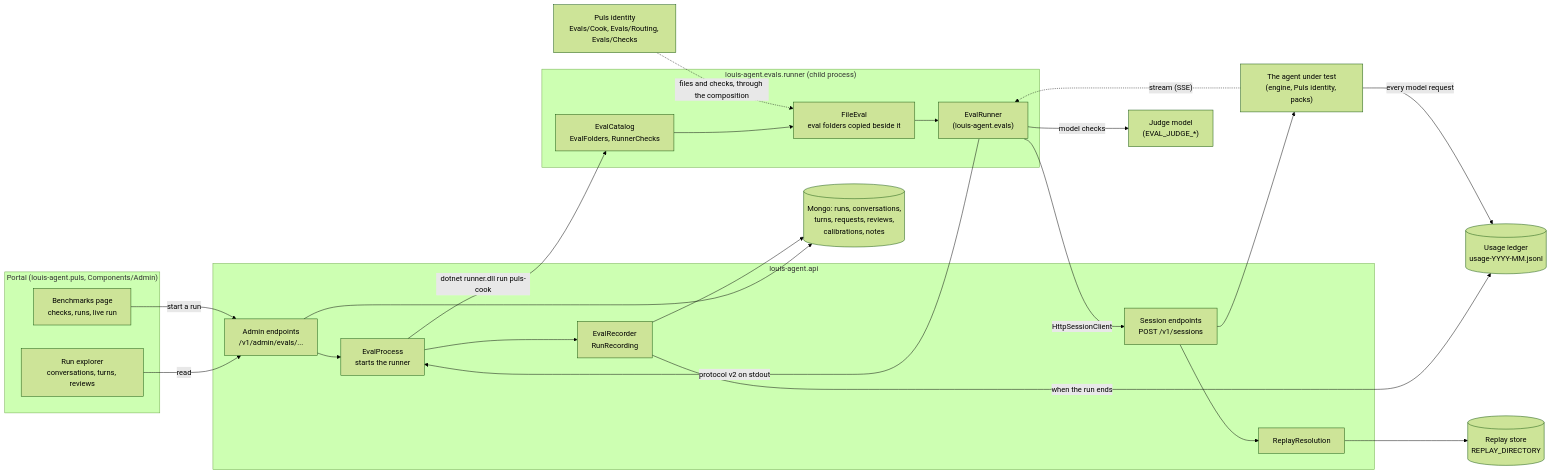
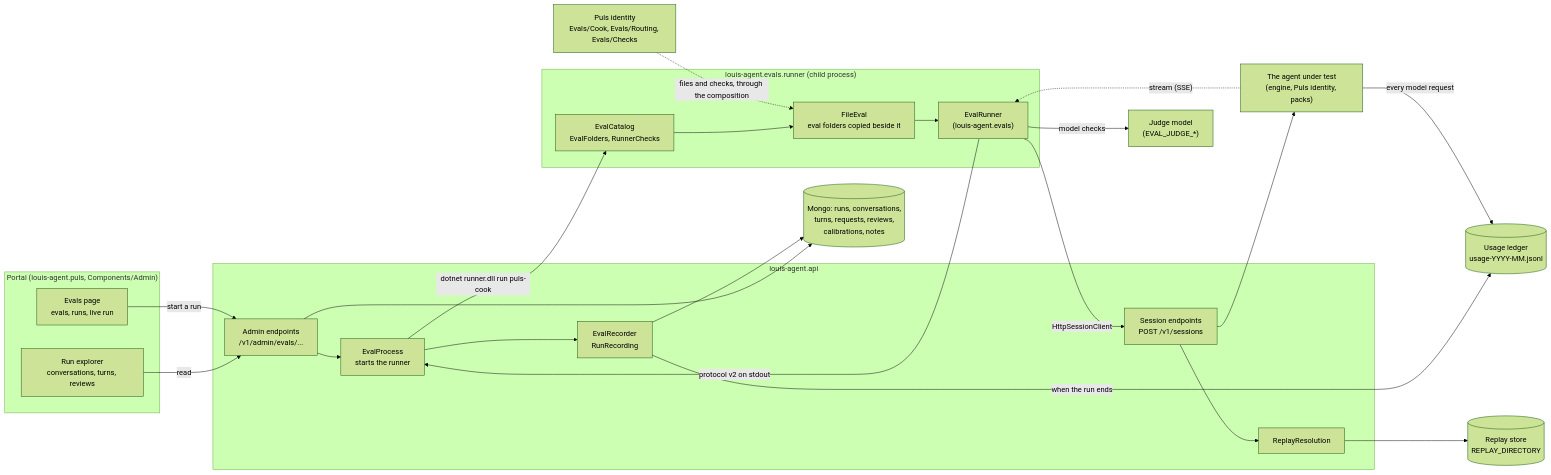
One commit to bosbevk/louis-agent changed the first of 5 diagrams in docs/architecture/evals.md. Above: the diagram before and after it, drawn with Mermaid (forest theme). The commit also changed 9 other files, not shown here.

First line of the commit message:
docs(f53.2): step 5 - one Evals page in the docs

````diff
--- a/docs/architecture/evals.md
+++ b/docs/architecture/evals.md
@@ -26,37 +26,37 @@
 ```mermaid
 flowchart LR
   subgraph Portal["Portal (louis-agent.puls, Components/Admin)"]
-    Bench["Benchmarks page<br/>checks, runs, live run"]
+    Bench["Evals page<br/>evals, runs, live run"]
     Explorer["Run explorer<br/>conversations, turns, reviews"]
   end
   subgraph API["louis-agent.api"]
     Admin["Admin endpoints<br/>/v1/admin/evals/..."]
     Proc["EvalProcess<br/>starts the runner"]
     Rec["EvalRecorder<br/>RunRecording"]
     Sessions["Session endpoints<br/>POST /v1/sessions"]
     Replay["ReplayResolution"]
   end
   subgraph Runner["louis-agent.evals.runner (child process)"]
     Cat["EvalCatalog<br/>EvalFolders, RunnerChecks"]
     Harness["EvalRunner<br/>(louis-agent.evals)"]
     Files["FileEval<br/>eval folders copied beside it"]
   end
   Identity["Puls identity<br/>Evals/Cook, Evals/Routing, Evals/Checks"]
   Agent["The agent under test<br/>(engine, Puls identity, packs)"]
   Store[("Mongo: runs, conversations,<br/>turns, requests, reviews,<br/>calibrations, notes")]
   Ledger[("Usage ledger<br/>usage-YYYY-MM.jsonl")]
   RStore[("Replay store<br/>REPLAY_DIRECTORY")]
   Judge["Judge model<br/>(EVAL_JUDGE_*)"]
 
   Bench -->|"start a run"| Admin --> Proc -->|"dotnet runner.dll run puls-cook"| Cat
   Identity -.->|"files and checks, through the composition"| Files
   Cat --> Files --> Harness
   Harness -->|"HttpSessionClient"| Sessions --> Agent
   Sessions --> Replay --> RStore
   Agent -->|"every model request"| Ledger
   Agent -.->|"stream (SSE)"| Harness
   Harness -->|"model checks"| Judge
   Harness -->|"protocol v2 on stdout"| Proc --> Rec --> Store
   Rec -->|"when the run ends"| Ledger
   Explorer -->|"read"| Admin --> Store
 ```
````
